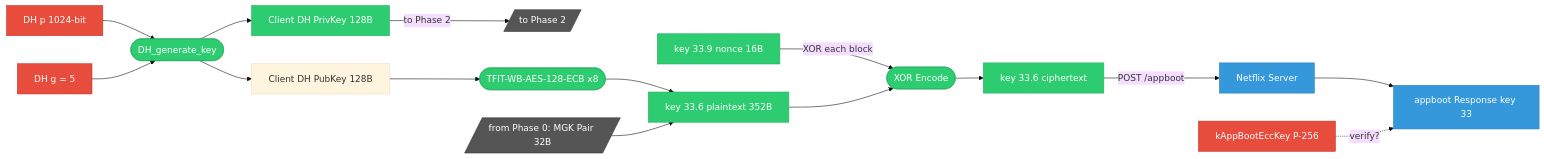
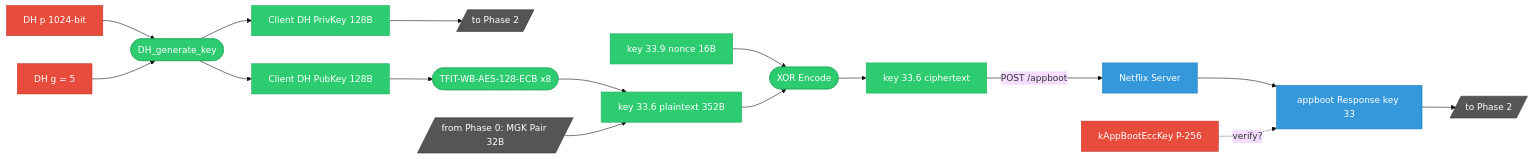
Before and after one commit to qtmleap/revkit: the second of 9 diagrams in docs/spec/msl_key_relationship.md, drawn with Mermaid (base theme). The commit also changed other lines of this file, not shown here.

First line of the commit message:
docs(spec): to Phase N をノードに統一、全Phase間参照を明示

````diff
--- a/docs/spec/msl_key_relationship.md
+++ b/docs/spec/msl_key_relationship.md
@@ -35,32 +39,35 @@
 ```mermaid
 graph LR
     DH_P["DH p 1024-bit"] --> OP_DHGEN(["DH_generate_key"])
     DH_G["DH g = 5"] --> OP_DHGEN
     OP_DHGEN --> DH_PUB["Client DH PubKey 128B"]
     OP_DHGEN --> DH_PRIV["Client DH PrivKey 128B"]
-    DH_PRIV -->|to Phase 2| TO_P2a[/"to Phase 2"/]
+    DH_PRIV --> TO_P2a[/"to Phase 2"/]
     DH_PUB --> OP_TFIT1(["TFIT-WB-AES-128-ECB x8"])
     OP_TFIT1 --> KEY336_PT["key 33.6 plaintext 352B"]
     FROM_P0[/"from Phase 0: MGK Pair 32B"/] --> KEY336_PT
-    NONCE_SRV["key 33.9 nonce 16B"] -->|XOR each block| OP_XOR(["XOR Encode"])
+    NONCE_SRV["key 33.9 nonce 16B"] --> OP_XOR(["XOR Encode"])
     KEY336_PT --> OP_XOR
     OP_XOR --> KEY336_ENC["key 33.6 ciphertext"]
     KEY336_ENC -->|POST /appboot| SERVER["Netflix Server"]
     SERVER --> DH_RESP["appboot Response key 33"]
+    DH_RESP --> TO_P2b[/"to Phase 2"/]
     ECC_BOOT["kAppBootEccKey P-256"] -.->|verify?| DH_RESP
 
     style DH_P fill:#e74c3c,stroke:#c0392b,color:#fff
     style DH_G fill:#e74c3c,stroke:#c0392b,color:#fff
     style ECC_BOOT fill:#e74c3c,stroke:#c0392b,color:#fff
     style NONCE_SRV fill:#2ecc71,stroke:#27ae60,color:#fff
     style SERVER fill:#3498db,stroke:#2980b9,color:#fff
     style DH_RESP fill:#3498db,stroke:#2980b9,color:#fff
+    style DH_PUB fill:#2ecc71,stroke:#27ae60,color:#fff
     style DH_PRIV fill:#2ecc71,stroke:#27ae60,color:#fff
     style TO_P2a fill:#555,stroke:#333,color:#fff
+    style TO_P2b fill:#555,stroke:#333,color:#fff
     style OP_DHGEN fill:#2ecc71,stroke:#27ae60,color:#fff
     style OP_TFIT1 fill:#2ecc71,stroke:#27ae60,color:#fff
     style OP_XOR fill:#2ecc71,stroke:#27ae60,color:#fff
     style KEY336_PT fill:#2ecc71,stroke:#27ae60,color:#fff
     style KEY336_ENC fill:#2ecc71,stroke:#27ae60,color:#fff
     style FROM_P0 fill:#555,stroke:#333,color:#fff
 ```
````
